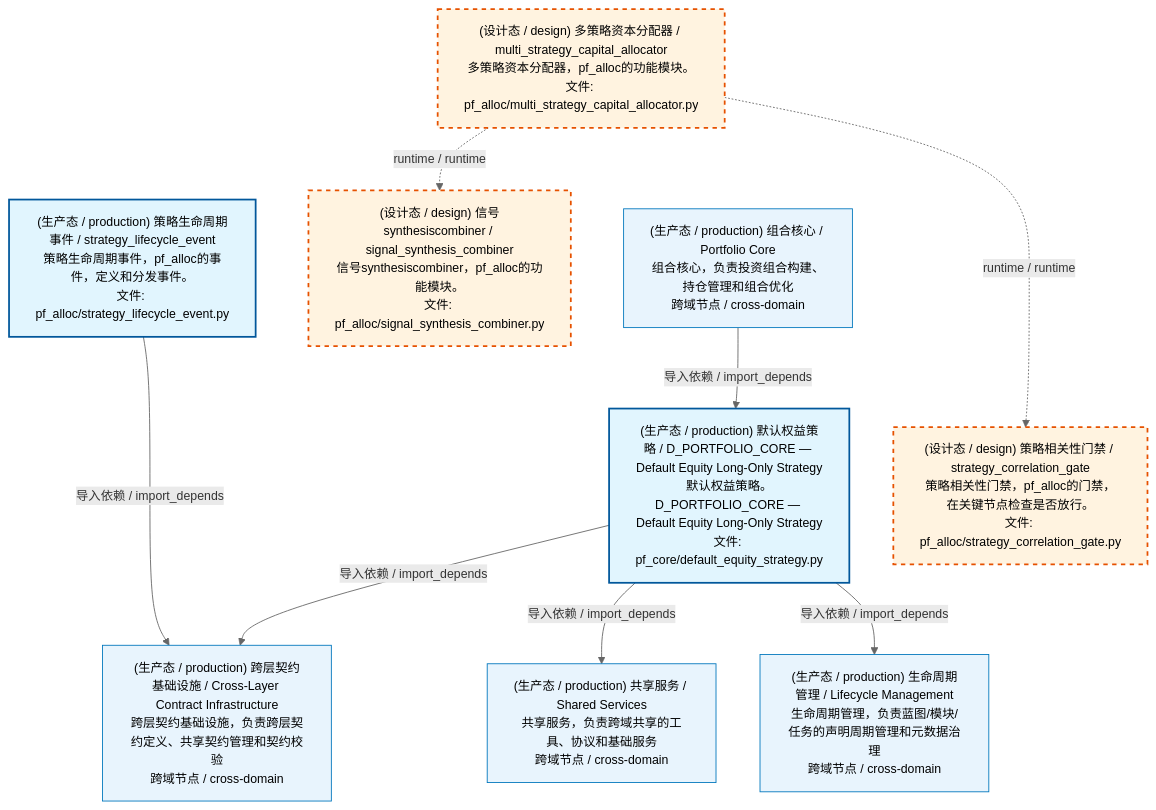
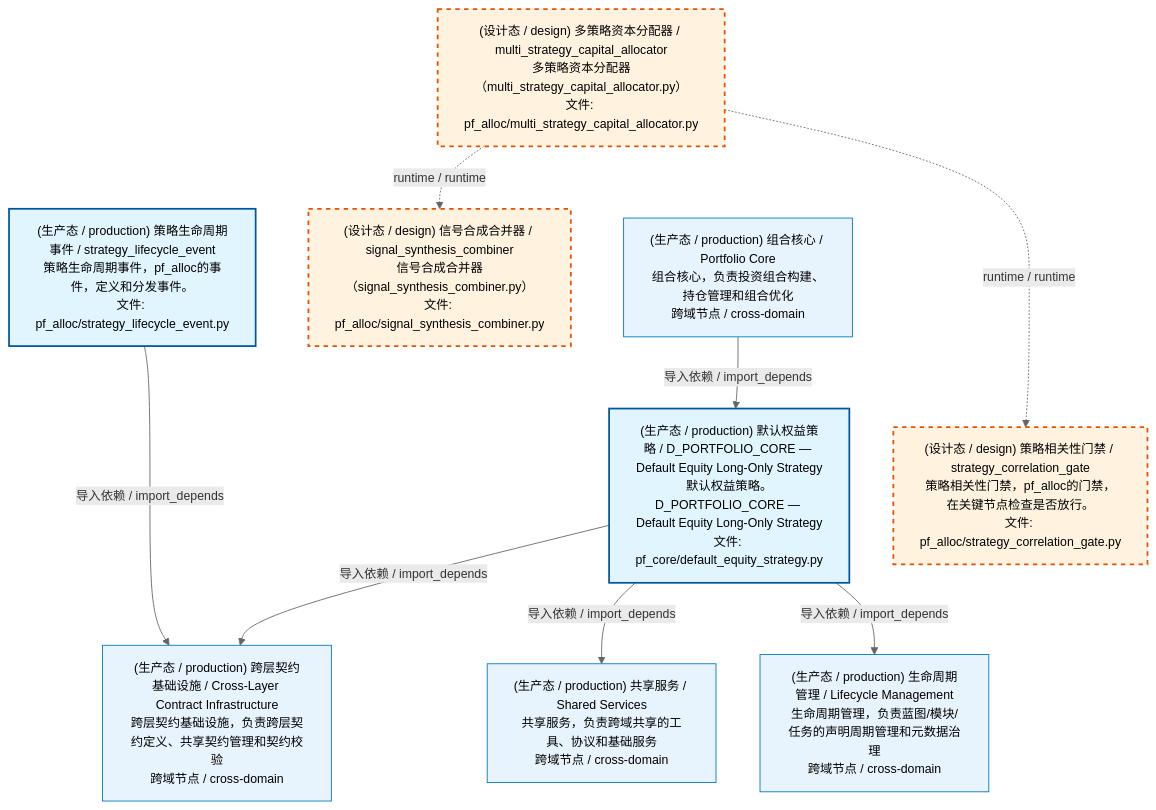
Before and after one commit to xuanFelixVan/ZephyrAlpha: the first of 4 diagrams in docs/02_enterprise_architecture/02_domain_architecture_docs/62_d_pf_alloc.md, drawn with Mermaid. The commit also changed other lines of this file and 50 other files, not shown here.

````diff
--- a/docs/02_enterprise_architecture/02_domain_architecture_docs/62_d_pf_alloc.md
+++ b/docs/02_enterprise_architecture/02_domain_architecture_docs/62_d_pf_alloc.md
@@ -53,30 +53,30 @@
 ```mermaid
 %%{init: {'theme': 'base', 'themeVariables': {'primaryColor': '#eaeaea', 'primaryTextColor': '#333333', 'primaryBorderColor': '#666666', 'lineColor': '#666666', 'secondaryColor': '#eaeaea', 'tertiaryColor': '#eaeaea', 'fontSize': '14px'}}}%%
 flowchart TD
-    src_zephyr_pf_alloc_multi_strategy_capital_allocator_py["(设计态 / design) 多策略资本分配器 / multi_strategy_capital_allocator<br/>多策略资本分配器，pf_alloc的功能模块。<br/>文件: pf_alloc/multi_strategy_capital_allocator.py"]
+    src_zephyr_pf_alloc_multi_strategy_capital_allocator_py["(设计态 / design) 多策略资本分配器 / multi_strategy_capital_allocator<br/>多策略资本分配器（multi_strategy_capital_allocator.py）<br/>文件: pf_alloc/multi_strategy_capital_allocator.py"]
     src_zephyr_pf_alloc_strategy_lifecycle_event_py["(生产态 / production) 策略生命周期事件 / strategy_lifecycle_event<br/>策略生命周期事件，pf_alloc的事件，定义和分发事件。<br/>文件: pf_alloc/strategy_lifecycle_event.py"]
     src_zephyr_pf_core_default_equity_strategy_py["(生产态 / production) 默认权益策略 / D_PORTFOLIO_CORE — Default Equity Long-Only Strategy<br/>默认权益策略。D_PORTFOLIO_CORE — Default Equity Long-Only Strategy<br/>文件: pf_core/default_equity_strategy.py"]
     src_zephyr_pf_alloc_multi_strategy_capital_allocator_py ~~~ src_zephyr_pf_alloc_strategy_lifecycle_event_py
     src_zephyr_pf_alloc_strategy_lifecycle_event_py ~~~ src_zephyr_pf_core_default_equity_strategy_py
-    src_zephyr_pf_alloc_signal_synthesis_combiner_py["(设计态 / design) 信号synthesiscombiner / signal_synthesis_combiner<br/>信号synthesiscombiner，pf_alloc的功能模块。<br/>文件: pf_alloc/signal_synthesis_combiner.py"]
+    src_zephyr_pf_alloc_signal_synthesis_combiner_py["(设计态 / design) 信号合成合并器 / signal_synthesis_combiner<br/>信号合成合并器（signal_synthesis_combiner.py）<br/>文件: pf_alloc/signal_synthesis_combiner.py"]
     src_zephyr_pf_alloc_strategy_correlation_gate_py["(设计态 / design) 策略相关性门禁 / strategy_correlation_gate<br/>策略相关性门禁，pf_alloc的门禁，在关键节点检查是否放行。<br/>文件: pf_alloc/strategy_correlation_gate.py"]
     src_zephyr_pf_alloc_signal_synthesis_combiner_py ~~~ src_zephyr_pf_alloc_strategy_correlation_gate_py
     src_zephyr_pf_alloc_multi_strategy_capital_allocator_py -.->|runtime / runtime| src_zephyr_pf_alloc_signal_synthesis_combiner_py
     src_zephyr_pf_alloc_multi_strategy_capital_allocator_py -.->|runtime / runtime| src_zephyr_pf_alloc_strategy_correlation_gate_py
     D_INFRASTRUCTURE["(生产态 / production) 跨层契约基础设施 / Cross-Layer Contract Infrastructure<br/>跨层契约基础设施，负责跨层契约定义、共享契约管理和契约校验<br/>跨域节点 / cross-domain"]
     src_zephyr_pf_core_default_equity_strategy_py -->|导入依赖 / import_depends| D_INFRASTRUCTURE
     src_zephyr_pf_alloc_strategy_lifecycle_event_py -->|导入依赖 / import_depends| D_INFRASTRUCTURE
     D_SHARED["(生产态 / production) 共享服务 / Shared Services<br/>共享服务，负责跨域共享的工具、协议和基础服务<br/>跨域节点 / cross-domain"]
     src_zephyr_pf_core_default_equity_strategy_py -->|导入依赖 / import_depends| D_SHARED
     D_GOVERNANCE["(生产态 / production) 生命周期管理 / Lifecycle Management<br/>生命周期管理，负责蓝图/模块/任务的声明周期管理和元数据治理<br/>跨域节点 / cross-domain"]
     src_zephyr_pf_core_default_equity_strategy_py -->|导入依赖 / import_depends| D_GOVERNANCE
     D_PF_CORE["(生产态 / production) 组合核心 / Portfolio Core<br/>组合核心，负责投资组合构建、持仓管理和组合优化<br/>跨域节点 / cross-domain"]
     D_PF_CORE -->|导入依赖 / import_depends| src_zephyr_pf_core_default_equity_strategy_py
     classDef production fill:#e1f5fe,stroke:#01579b,stroke-width:2px,color:#000
     classDef design fill:#fff3e0,stroke:#e65100,stroke-width:2px,color:#000,stroke-dasharray: 5 5
     classDef external_prod fill:#e8f4fd,stroke:#0277bd,stroke-width:1px,color:#000
     classDef external_design fill:#fff8e7,stroke:#ef6c00,stroke-width:1px,color:#000,stroke-dasharray: 5 5
     class src_zephyr_pf_alloc_strategy_lifecycle_event_py,src_zephyr_pf_core_default_equity_strategy_py production
     class src_zephyr_pf_alloc_multi_strategy_capital_allocator_py,src_zephyr_pf_alloc_signal_synthesis_combiner_py,src_zephyr_pf_alloc_strategy_correlation_gate_py design
     class D_INFRASTRUCTURE,D_SHARED,D_GOVERNANCE,D_PF_CORE external_prod
 ```
````
